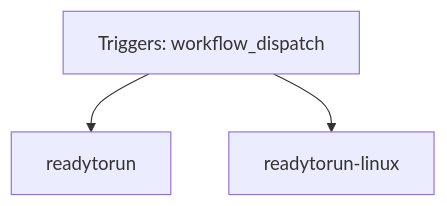
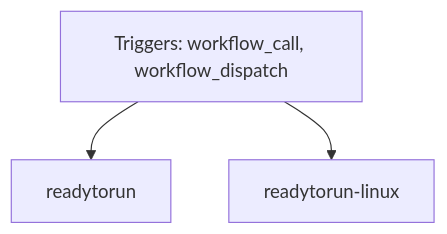
Before and after one commit to FrenchExDev2/QuietCli.PoSh: the diagram in docs/ci/github/script-quietcli2-readytorun.md, drawn with Mermaid. The commit also changed other lines of this file and 94 other files, not shown here.

```diff
--- a/docs/ci/github/script-quietcli2-readytorun.md
+++ b/docs/ci/github/script-quietcli2-readytorun.md
@@ -32,8 +32,8 @@
 ~~~mermaid
 flowchart TD
-    event["Triggers: workflow_dispatch"]
+    event["Triggers: workflow_call, workflow_dispatch"]
     job_readytorun["readytorun"]
     job_readytorun_linux["readytorun-linux"]
     event --> job_readytorun
     event --> job_readytorun_linux
 ~~~
```
